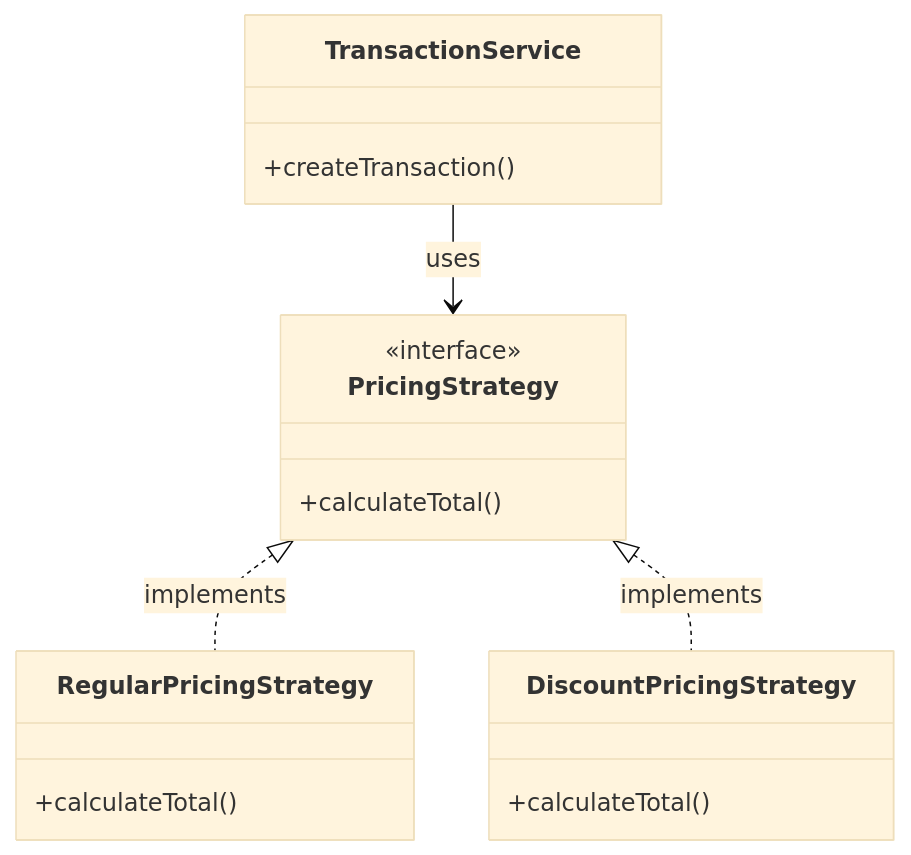
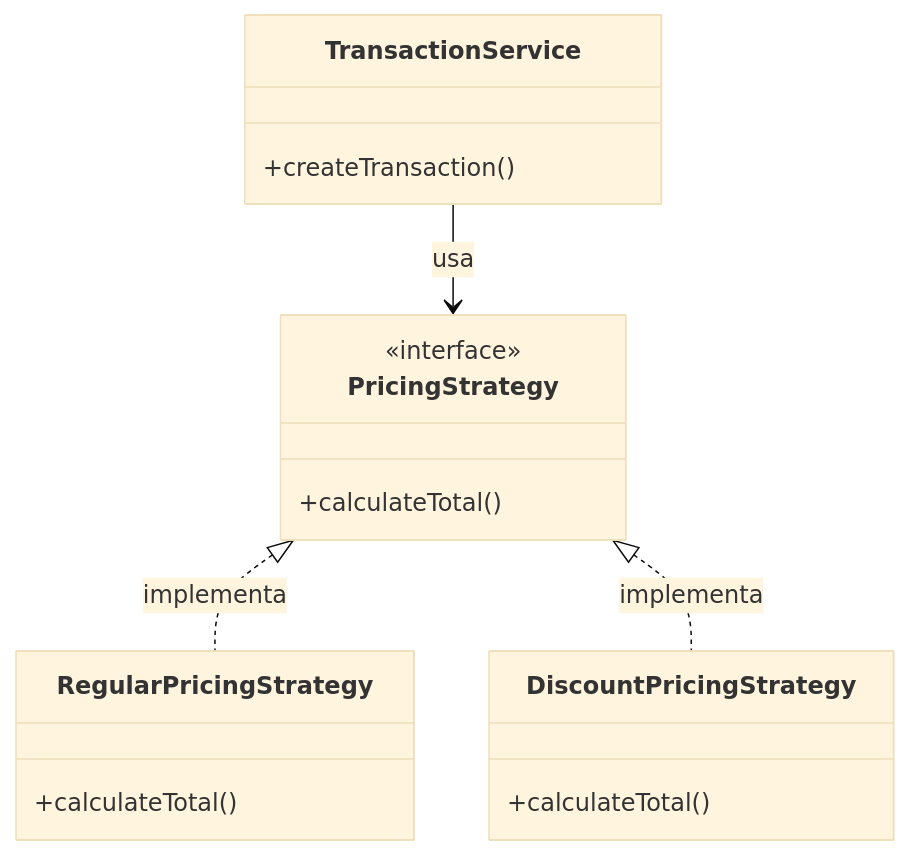
The first of 3 diagrams in README.md (WilberC/design_patterns), drawn with Mermaid (base theme) before and after one commit. The commit also changed other lines of this file and 1 other file, not shown here.

````diff
--- a/README.md
+++ b/README.md
@@ -36,19 +38,19 @@
 ```mermaid
 classDiagram
     class TransactionService {
         +createTransaction()
     }
     class PricingStrategy {
         <<interface>>
         +calculateTotal()
     }
     class RegularPricingStrategy {
         +calculateTotal()
     }
     class DiscountPricingStrategy {
         +calculateTotal()
     }
-    TransactionService --> PricingStrategy : uses
-    PricingStrategy <|.. RegularPricingStrategy : implements
-    PricingStrategy <|.. DiscountPricingStrategy : implements
+    TransactionService --> PricingStrategy : usa
+    PricingStrategy <|.. RegularPricingStrategy : implementa
+    PricingStrategy <|.. DiscountPricingStrategy : implementa
 ```
````
